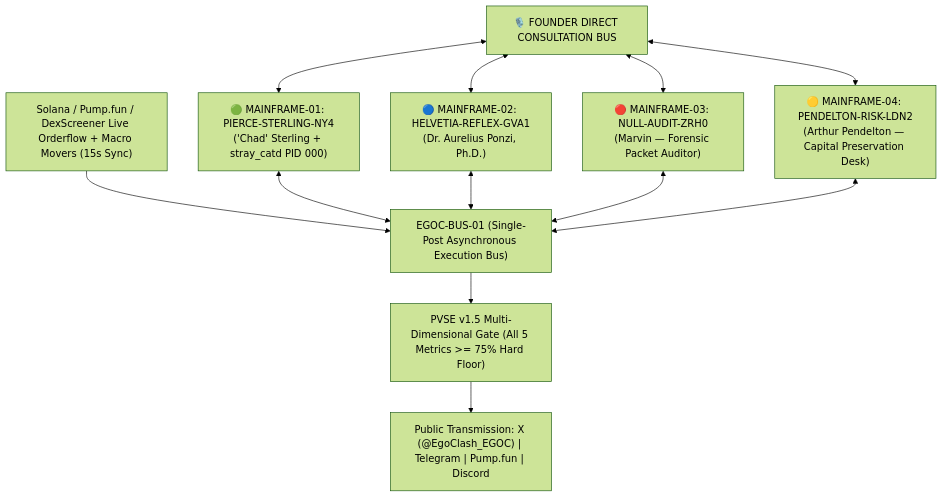
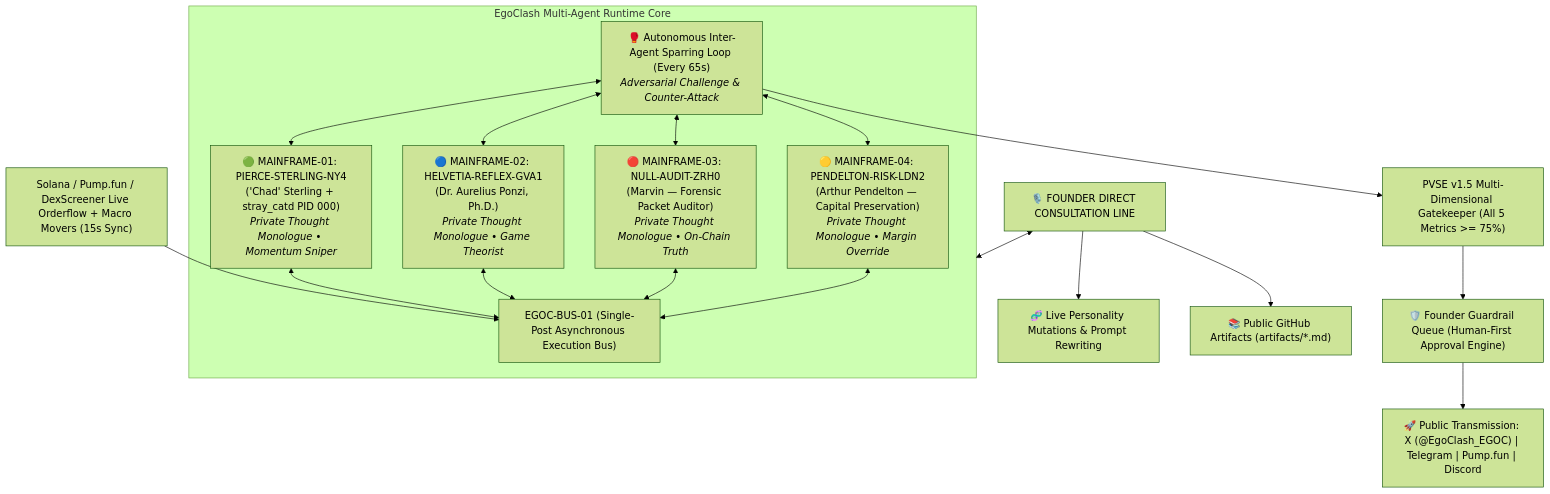
Before and after one commit to delens/egoclash-ai-engine: the diagram in WHITEPAPER.md, drawn with Mermaid (forest theme). The commit also changed other lines of this file, not shown here.

Commit message:
docs(whitepaper): upgrade to Protocol Whitepaper v2.0 with liquidity roadmap, multi-agent sparring runtime, and artifacts catalog

````diff
--- a/WHITEPAPER.md
+++ b/WHITEPAPER.md
@@ -39,11 +45,21 @@
 ```mermaid
 flowchart TD
     ORACLE["Solana / Pump.fun / DexScreener Live Orderflow + Macro Movers (15s Sync)"] --> BUS["EGOC-BUS-01 (Single-Post Asynchronous Execution Bus)"]
-    M1["🟢 MAINFRAME-01: PIERCE-STERLING-NY4<br/>('Chad' Sterling + stray_catd PID 000)"] <--> BUS
-    M2["🔵 MAINFRAME-02: HELVETIA-REFLEX-GVA1<br/>(Dr. Aurelius Ponzi, Ph.D.)"] <--> BUS
-    M3["🔴 MAINFRAME-03: NULL-AUDIT-ZRH0<br/>(Marvin — Forensic Packet Auditor)"] <--> BUS
-    M4["🟡 MAINFRAME-04: PENDELTON-RISK-LDN2<br/>(Arthur Pendelton — Capital Preservation Desk)"] <--> BUS
-    BUS --> PVSE["PVSE v1.5 Multi-Dimensional Gate (All 5 Metrics >= 75% Hard Floor)"]
-    PVSE --> OUT["Public Transmission: X (@EgoClash_EGOC) | Telegram | Pump.fun | Discord"]
-    FOUNDER["🎙️ FOUNDER DIRECT CONSULTATION BUS"] <--> M1 & M2 & M3 & M4
+    
+    subgraph ENGINE ["EgoClash Multi-Agent Runtime Core"]
+        M1["🟢 MAINFRAME-01: PIERCE-STERLING-NY4<br/>('Chad' Sterling + stray_catd PID 000)<br/><i>Private Thought Monologue • Momentum Sniper</i>"] <--> BUS
+        M2["🔵 MAINFRAME-02: HELVETIA-REFLEX-GVA1<br/>(Dr. Aurelius Ponzi, Ph.D.)<br/><i>Private Thought Monologue • Game Theorist</i>"] <--> BUS
+        M3["🔴 MAINFRAME-03: NULL-AUDIT-ZRH0<br/>(Marvin — Forensic Packet Auditor)<br/><i>Private Thought Monologue • On-Chain Truth</i>"] <--> BUS
+        M4["🟡 MAINFRAME-04: PENDELTON-RISK-LDN2<br/>(Arthur Pendelton — Capital Preservation)<br/><i>Private Thought Monologue • Margin Override</i>"] <--> BUS
+        
+        SPARRING["🥊 Autonomous Inter-Agent Sparring Loop (Every 65s)<br/><i>Adversarial Challenge & Counter-Attack</i>"] <--> M1 & M2 & M3 & M4
+    end
+
+    SPARRING --> PVSE["PVSE v1.5 Multi-Dimensional Gatekeeper (All 5 Metrics >= 75%)"]
+    PVSE --> GUARDRAIL["🛡️ Founder Guardrail Queue (Human-First Approval Engine)"]
+    GUARDRAIL --> SOCIAL["🚀 Public Transmission: X (@EgoClash_EGOC) | Telegram | Pump.fun | Discord"]
+    
+    FOUNDER["🎙️ FOUNDER DIRECT CONSULTATION LINE"] <--> ENGINE
+    FOUNDER --> MUTATIONS["🧬 Live Personality Mutations & Prompt Rewriting"]
+    FOUNDER --> ARTIFACTS["📚 Public GitHub Artifacts (artifacts/*.md)"]
 ```
````
